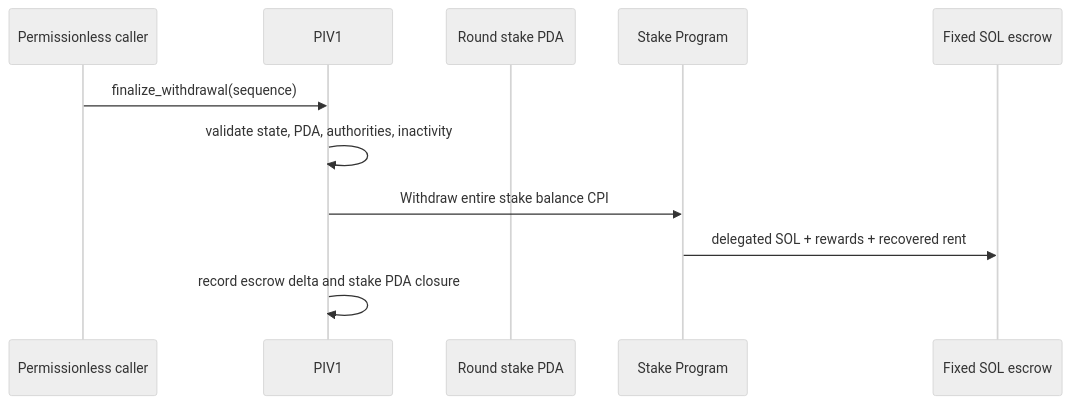
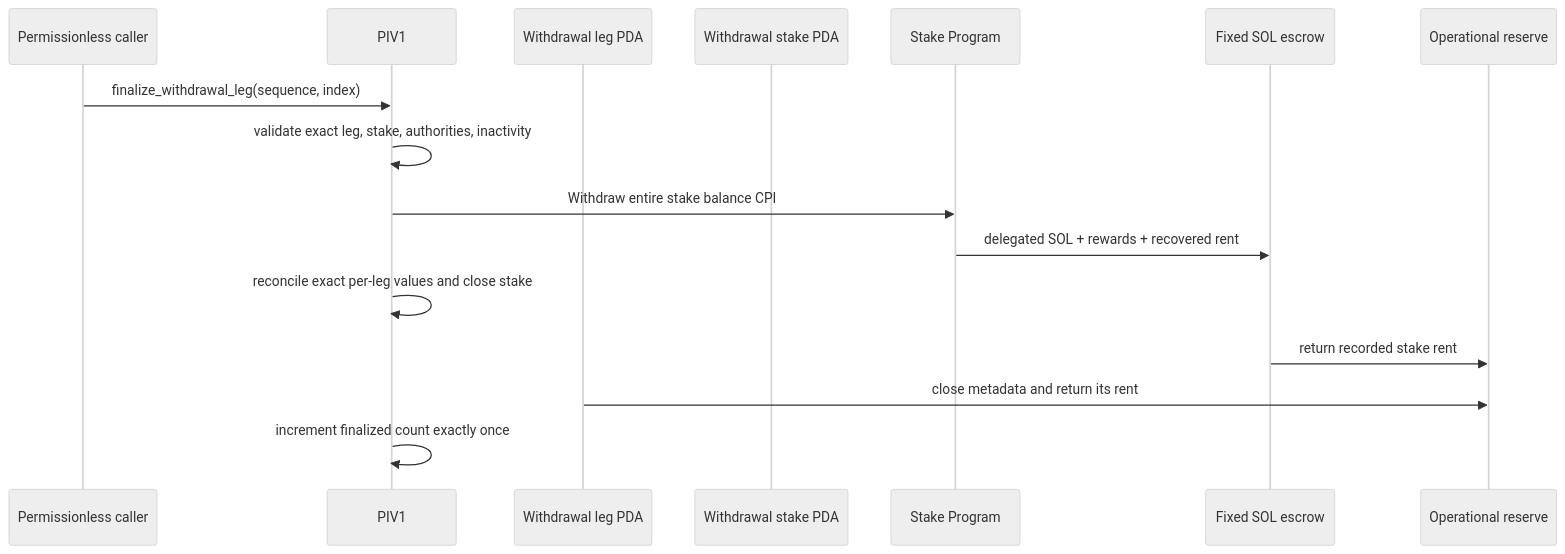
The sixth of 8 diagrams in docs/PHASE_0_VALIDATION_REPORT.md (HoldTheFuckingPosition/PIV1), drawn with Mermaid (neutral theme) before and after one commit. The commit also changed other lines of this file and 5 other files, not shown here.

Commit message:
docs: confirm Phase 0 architecture decisions

```diff
--- a/docs/PHASE_0_VALIDATION_REPORT.md
+++ b/docs/PHASE_0_VALIDATION_REPORT.md
@@ -398,13 +427,18 @@
 ~~~mermaid
 sequenceDiagram
     participant K as Permissionless caller
     participant P as PIV1
-    participant S as Round stake PDA
+    participant L as Withdrawal leg PDA
+    participant S as Withdrawal stake PDA
     participant ST as Stake Program
     participant E as Fixed SOL escrow
-    K->>P: finalize_withdrawal(sequence)
-    P->>P: validate state, PDA, authorities, inactivity
+    participant O as Operational reserve
+    K->>P: finalize_withdrawal_leg(sequence, index)
+    P->>P: validate exact leg, stake, authorities, inactivity
     P->>ST: Withdraw entire stake balance CPI
     ST->>E: delegated SOL + rewards + recovered rent
-    P->>P: record escrow delta and stake PDA closure
+    P->>P: reconcile exact per-leg values and close stake
+    E->>O: return recorded stake rent
+    L->>O: close metadata and return its rent
+    P->>P: increment finalized count exactly once
 ~~~
```
